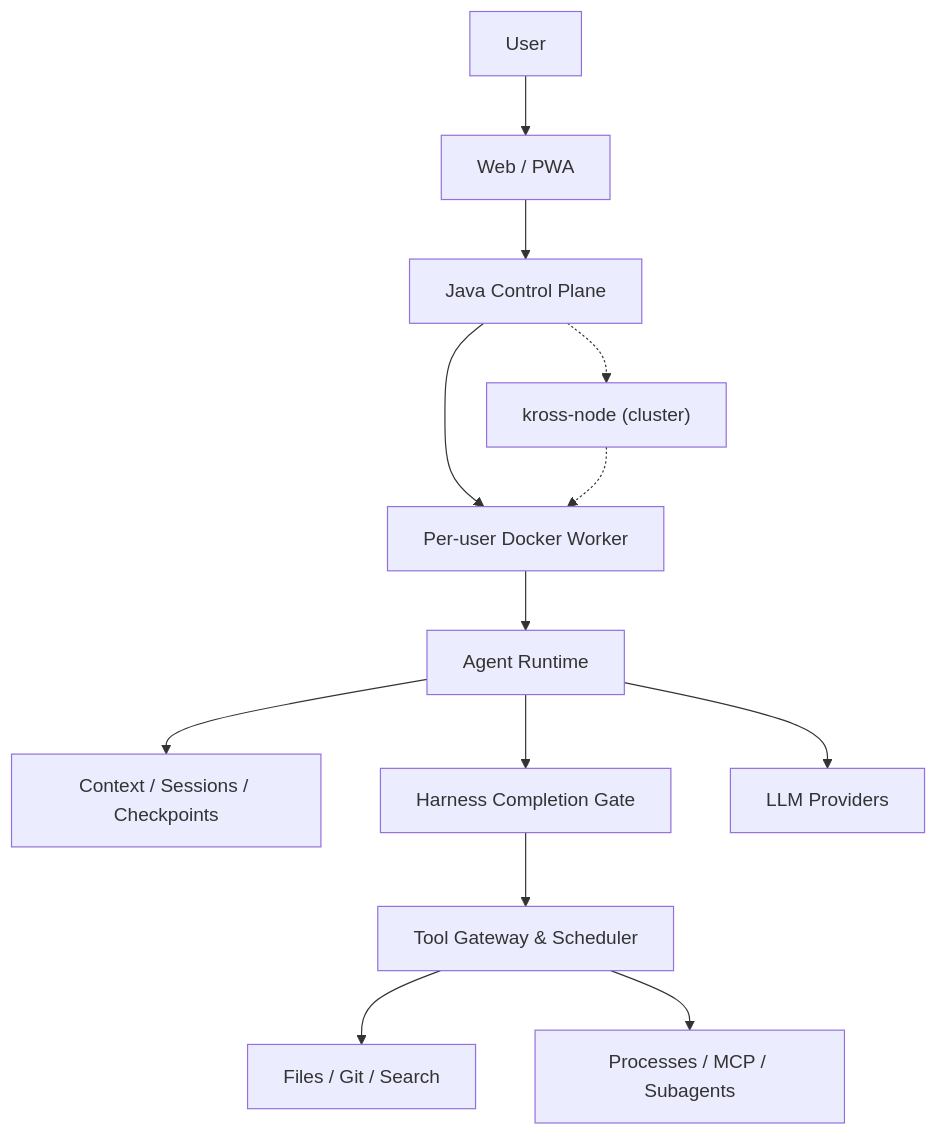
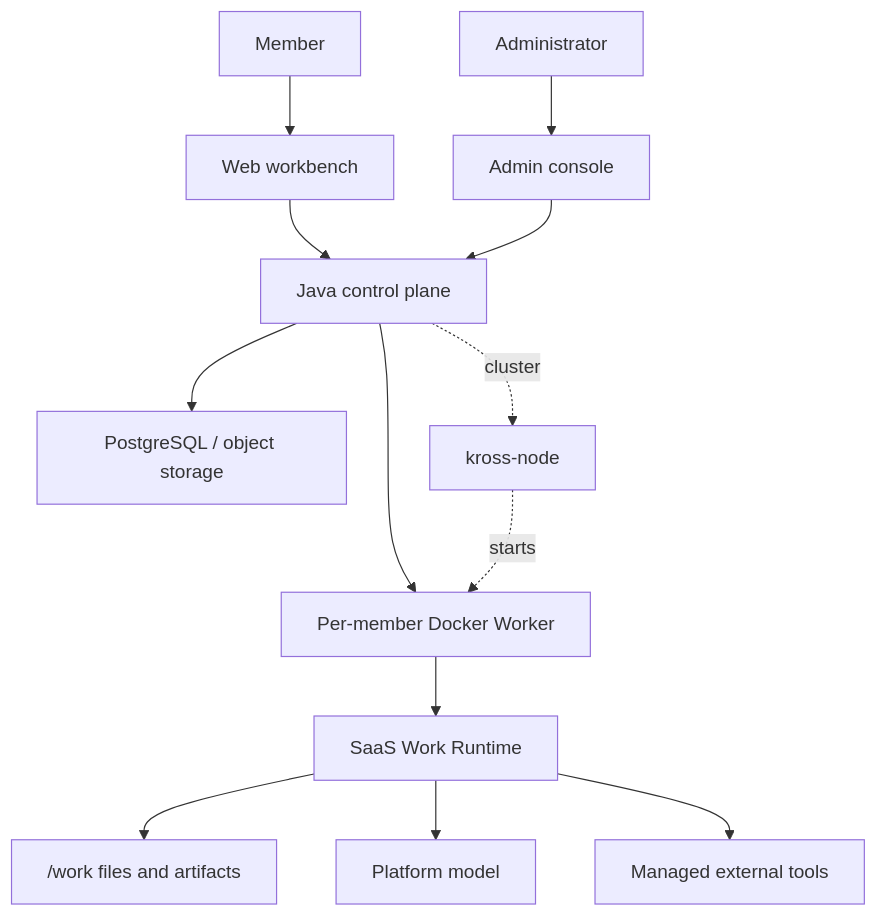
Before and after one commit to zzc-101/Kross: the diagram in README.md, drawn with Mermaid. The commit also changed other lines of this file and 82 other files, not shown here.

````diff
--- a/README.md
+++ b/README.md
@@ -92,15 +53,15 @@
 ```mermaid
 flowchart TB
-    U["User"] --> W["Web / PWA"]
-    W --> S["Java Control Plane"]
-    S --> D["Per-user Docker Worker"]
-    S -.-> N["kross-node (cluster)"]
-    N -.-> D
-    D --> R["Agent Runtime"]
-    R --> C["Context / Sessions / Checkpoints"]
-    R --> H["Harness Completion Gate"]
-    H --> G["Tool Gateway & Scheduler"]
-    R --> M["LLM Providers"]
-    G --> F["Files / Git / Search"]
-    G --> P["Processes / MCP / Subagents"]
+    U["Member"] --> WEB["Web workbench"]
+    A["Administrator"] --> ADMIN["Admin console"]
+    WEB --> CP["Java control plane"]
+    ADMIN --> CP
+    CP --> DB["PostgreSQL / object storage"]
+    CP --> W["Per-member Docker Worker"]
+    CP -. cluster .-> N["kross-node"]
+    N -. starts .-> W
+    W --> R["SaaS Work Runtime"]
+    R --> FS["/work files and artifacts"]
+    R --> LLM["Platform model"]
+    R --> EXT["Managed external tools"]
 ```
````
